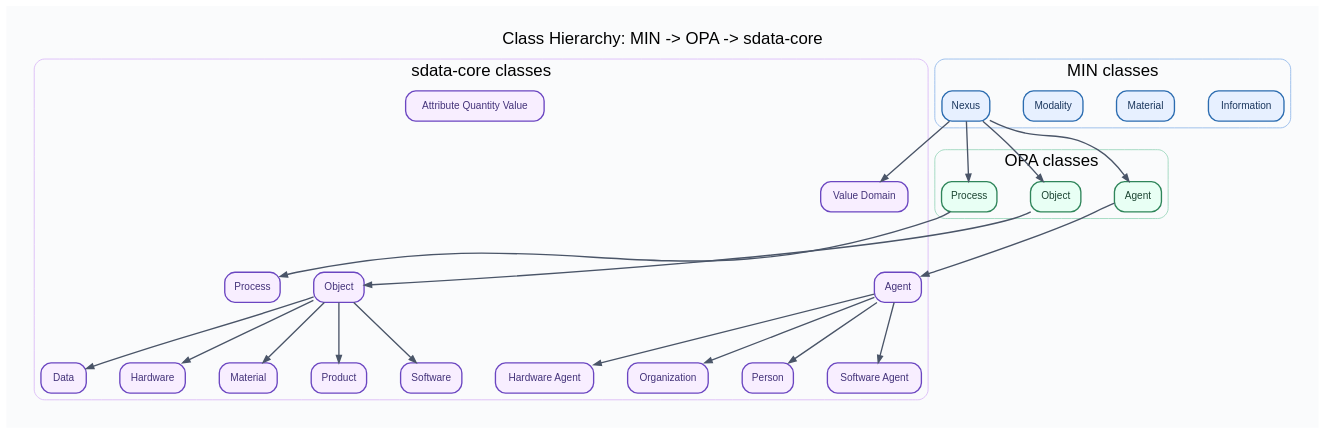
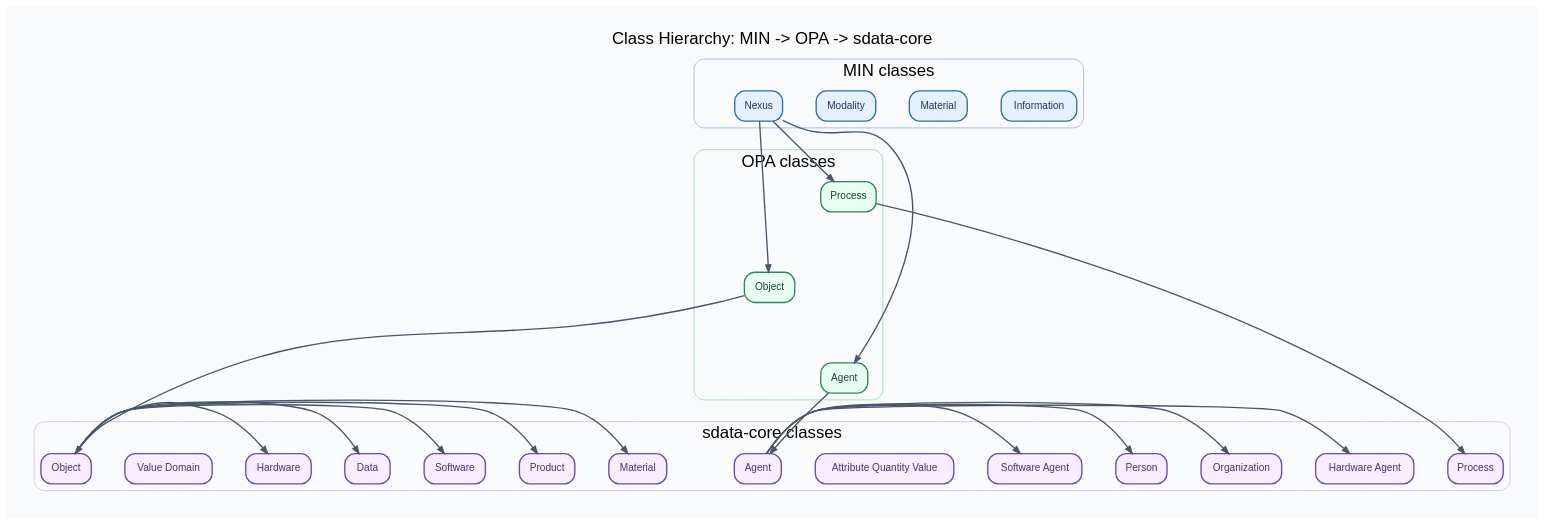
One commit to lepy/sdata-ontology changed the diagram in docs/diagrams/sdata-min-opa-core-hierarchy.dot. Above: the diagram before and after it, drawn with Graphviz. The commit also changed 6 other files, not shown here.

Commit message:
align v0.9.2 ValueDomain semantics and update MIN-OPA-core hierarchy plot

```diff
--- a/docs/diagrams/sdata-min-opa-core-hierarchy.dot
+++ b/docs/diagrams/sdata-min-opa-core-hierarchy.dot
@@ -1,153 +1,178 @@
 digraph "" {
 	graph [bgcolor="#FAFBFC",
+		compound=true,
 		fontname=Helvetica,
 		fontsize=20,
 		label="Class Hierarchy: MIN -> OPA -> sdata-core",
 		labeljust=c,
 		labelloc=t,
 		newrank=true,
 		nodesep=0.55,
 		overlap=false,
 		pad=0.35,
 		rankdir=TB,
 		ranksep=1.0,
 		splines=true
 	];
 	node [fontname=Helvetica,
 		fontsize=12,
 		label="\N",
 		margin="0.14,0.08",
 		penwidth=1.6,
 		shape=box,
 		style="filled,rounded"
 	];
 	edge [arrowsize=0.85,
 		color="#4A5568",
 		fontname=Helvetica,
 		penwidth=1.6
 	];
-	subgraph cluster_opa {
-		graph [color="#97D5BA",
-			label="OPA classes",
-			style=rounded
-		];
-		"https://w3id.org/opa#Agent"	[color="#2F855A",
-			fillcolor="#E8FFF4",
-			fontcolor="#1C4532",
-			label=Agent];
-		"https://w3id.org/opa#Object"	[color="#2F855A",
-			fillcolor="#E8FFF4",
-			fontcolor="#1C4532",
-			label=Object];
-		"https://w3id.org/opa#Process"	[color="#2F855A",
-			fillcolor="#E8FFF4",
-			fontcolor="#1C4532",
-			label=Process];
-	}
-	subgraph cluster_min {
-		graph [color="#8FB7EA",
-			label="MIN classes",
-			style=rounded
-		];
-		"https://w3id.org/min#Information"	[color="#2B6CB0",
-			fillcolor="#E7F0FF",
-			fontcolor="#1A365D",
-			label=Information];
-		"https://w3id.org/min#Material"	[color="#2B6CB0",
-			fillcolor="#E7F0FF",
-			fontcolor="#1A365D",
-			label=Material];
-		"https://w3id.org/min#Modality"	[color="#2B6CB0",
-			fillcolor="#E7F0FF",
-			fontcolor="#1A365D",
-			label=Modality];
-		"https://w3id.org/min#Nexus"	[color="#2B6CB0",
-			fillcolor="#E7F0FF",
-			fontcolor="#1A365D",
-			label=Nexus];
-	}
 	subgraph cluster_sdata {
 		graph [color="#D9B8F7",
 			label="sdata-core classes",
+			rank=sink,
 			style=rounded
 		];
 		"https://w3id.org/sdata/core/Agent"	[color="#6B46C1",
 			fillcolor="#F8EEFF",
 			fontcolor="#44337A",
 			label=Agent];
 		"https://w3id.org/sdata/core/AttributeQuantityValue"	[color="#6B46C1",
 			fillcolor="#F8EEFF",
 			fontcolor="#44337A",
 			label="Attribute Quantity Value"];
 		"https://w3id.org/sdata/core/Data"	[color="#6B46C1",
 			fillcolor="#F8EEFF",
 			fontcolor="#44337A",
 			label=Data];
 		"https://w3id.org/sdata/core/Hardware"	[color="#6B46C1",
 			fillcolor="#F8EEFF",
 			fontcolor="#44337A",
 			label=Hardware];
 		"https://w3id.org/sdata/core/HardwareAgent"	[color="#6B46C1",
 			fillcolor="#F8EEFF",
 			fontcolor="#44337A",
 			label="Hardware Agent"];
 		"https://w3id.org/sdata/core/Material"	[color="#6B46C1",
 			fillcolor="#F8EEFF",
 			fontcolor="#44337A",
 			label=Material];
 		"https://w3id.org/sdata/core/Object"	[color="#6B46C1",
 			fillcolor="#F8EEFF",
 			fontcolor="#44337A",
 			label=Object];
 		"https://w3id.org/sdata/core/Organization"	[color="#6B46C1",
 			fillcolor="#F8EEFF",
 			fontcolor="#44337A",
 			label=Organization];
 		"https://w3id.org/sdata/core/Person"	[color="#6B46C1",
 			fillcolor="#F8EEFF",
 			fontcolor="#44337A",
 			label=Person];
 		"https://w3id.org/sdata/core/Process"	[color="#6B46C1",
 			fillcolor="#F8EEFF",
 			fontcolor="#44337A",
 			label=Process];
 		"https://w3id.org/sdata/core/Product"	[color="#6B46C1",
 			fillcolor="#F8EEFF",
 			fontcolor="#44337A",
 			label=Product];
 		"https://w3id.org/sdata/core/Software"	[color="#6B46C1",
 			fillcolor="#F8EEFF",
 			fontcolor="#44337A",
 			label=Software];
 		"https://w3id.org/sdata/core/SoftwareAgent"	[color="#6B46C1",
 			fillcolor="#F8EEFF",
 			fontcolor="#44337A",
 			label="Software Agent"];
 		"https://w3id.org/sdata/core/ValueDomain"	[color="#6B46C1",
 			fillcolor="#F8EEFF",
 			fontcolor="#44337A",
 			label="Value Domain"];
+		__rank_anchor_sdata	[height=0.01,
+			label="",
+			shape=point,
+			style=invis,
+			width=0.01];
 	}
-	"https://w3id.org/min#Information" -> "https://w3id.org/opa#Agent"	[color="#FFFFFF",
-		style=invis,
-		weight=100];
+	subgraph cluster_opa {
+		graph [color="#97D5BA",
+			label="OPA classes",
+			style=rounded
+		];
+		"https://w3id.org/opa#Agent"	[color="#2F855A",
+			fillcolor="#E8FFF4",
+			fontcolor="#1C4532",
+			label=Agent];
+		"https://w3id.org/opa#Object"	[color="#2F855A",
+			fillcolor="#E8FFF4",
+			fontcolor="#1C4532",
+			label=Object];
+		"https://w3id.org/opa#Process"	[color="#2F855A",
+			fillcolor="#E8FFF4",
+			fontcolor="#1C4532",
+			label=Process];
+		__rank_anchor_opa	[height=0.01,
+			label="",
+			shape=point,
+			style=invis,
+			width=0.01];
+	}
+	subgraph cluster_min {
+		graph [color="#8FB7EA",
+			label="MIN classes",
+			rank=source,
+			style=rounded
+		];
+		"https://w3id.org/min#Information"	[color="#2B6CB0",
+			fillcolor="#E7F0FF",
+			fontcolor="#1A365D",
+			label=Information];
+		"https://w3id.org/min#Material"	[color="#2B6CB0",
+			fillcolor="#E7F0FF",
+			fontcolor="#1A365D",
+			label=Material];
+		"https://w3id.org/min#Modality"	[color="#2B6CB0",
+			fillcolor="#E7F0FF",
+			fontcolor="#1A365D",
+			label=Modality];
+		"https://w3id.org/min#Nexus"	[color="#2B6CB0",
+			fillcolor="#E7F0FF",
+			fontcolor="#1A365D",
+			label=Nexus];
+		__rank_anchor_min	[height=0.01,
+			label="",
+			shape=point,
+			style=invis,
+			width=0.01];
+	}
 	"https://w3id.org/min#Nexus" -> "https://w3id.org/opa#Agent";
 	"https://w3id.org/min#Nexus" -> "https://w3id.org/opa#Object";
 	"https://w3id.org/min#Nexus" -> "https://w3id.org/opa#Process";
-	"https://w3id.org/min#Nexus" -> "https://w3id.org/sdata/core/ValueDomain";
 	"https://w3id.org/opa#Agent" -> "https://w3id.org/sdata/core/Agent";
-	"https://w3id.org/opa#Agent" -> "https://w3id.org/sdata/core/Agent"	[color="#FFFFFF",
-		style=invis,
-		weight=100];
 	"https://w3id.org/opa#Object" -> "https://w3id.org/sdata/core/Object";
 	"https://w3id.org/opa#Process" -> "https://w3id.org/sdata/core/Process";
 	"https://w3id.org/sdata/core/Agent" -> "https://w3id.org/sdata/core/HardwareAgent";
 	"https://w3id.org/sdata/core/Agent" -> "https://w3id.org/sdata/core/Organization";
 	"https://w3id.org/sdata/core/Agent" -> "https://w3id.org/sdata/core/Person";
 	"https://w3id.org/sdata/core/Agent" -> "https://w3id.org/sdata/core/SoftwareAgent";
 	"https://w3id.org/sdata/core/Object" -> "https://w3id.org/sdata/core/Data";
 	"https://w3id.org/sdata/core/Object" -> "https://w3id.org/sdata/core/Hardware";
 	"https://w3id.org/sdata/core/Object" -> "https://w3id.org/sdata/core/Material";
 	"https://w3id.org/sdata/core/Object" -> "https://w3id.org/sdata/core/Product";
 	"https://w3id.org/sdata/core/Object" -> "https://w3id.org/sdata/core/Software";
+	__rank_anchor_min -> __rank_anchor_opa	[color="#FFFFFF",
+		constraint=true,
+		lhead=cluster_opa,
+		ltail=cluster_min,
+		minlen=2,
+		style=invis,
+		weight=200];
+	__rank_anchor_opa -> __rank_anchor_sdata	[color="#FFFFFF",
+		constraint=true,
+		lhead=cluster_sdata,
+		ltail=cluster_opa,
+		minlen=2,
+		style=invis,
+		weight=200];
 }
```
